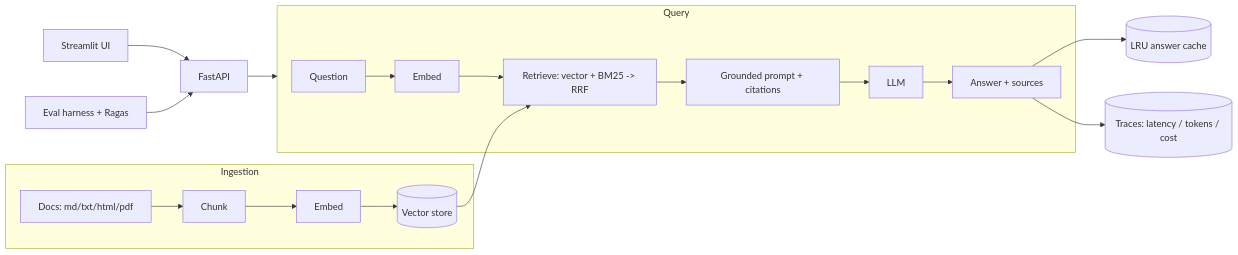
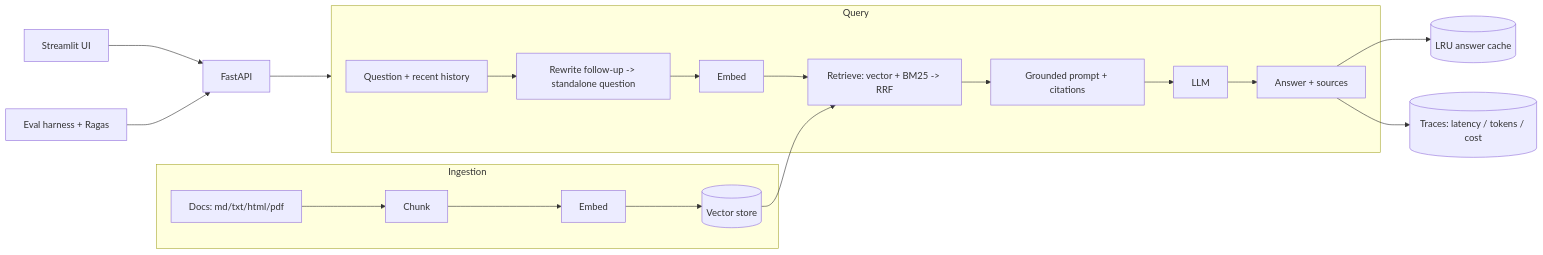
The diagram in README.md (Baron197/rag-knowledge-assistant), drawn with Mermaid before and after one commit. The commit also changed other lines of this file and 15 other files, not shown here.

First line of the commit message:
Add conversational follow-ups via history-aware query rewriting

````diff
--- a/README.md
+++ b/README.md
@@ -115,15 +135,16 @@
 ```mermaid
 flowchart LR
     subgraph Ingestion
         D[Docs: md/txt/html/pdf] --> C[Chunk] --> E1[Embed] --> V[(Vector store)]
     end
     subgraph Query
-        Q[Question] --> E2[Embed] --> R[Retrieve: vector + BM25 -> RRF]
+        Q[Question + recent history] --> RW[Rewrite follow-up -> standalone question]
+        RW --> E2[Embed] --> R[Retrieve: vector + BM25 -> RRF]
         V --> R
         R --> P[Grounded prompt + citations] --> L[LLM] --> A[Answer + sources]
     end
     A --> CACHE[(LRU answer cache)]
     A --> T[(Traces: latency / tokens / cost)]
     UI[Streamlit UI] --> API[FastAPI] --> Query
     EVAL[Eval harness + Ragas] --> API
 ```
````
